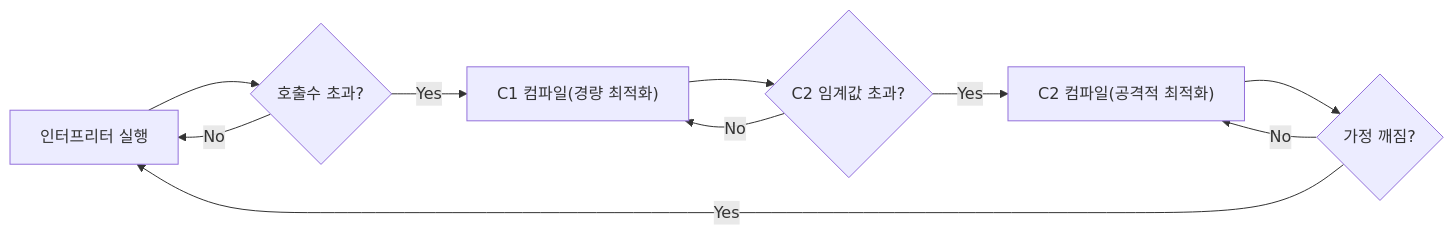
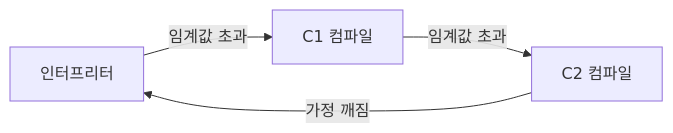
The first of 2 diagrams in _posts/java/2026-05-02-java-jit-compiler.md (yjkim2015/yjkim2015.github.io), drawn with Mermaid before and after one commit. The commit also changed 163 other files, not shown here.

First line of the commit message:
Mermaid 300개 블록 내용 축소: 5노드 5엣지 이하, 의미 있는 약어

````diff
--- a/_posts/java/2026-05-02-java-jit-compiler.md
+++ b/_posts/java/2026-05-02-java-jit-compiler.md
@@ -143,12 +143,6 @@
 ```mermaid
-flowchart LR
-    A["인터프리터 실행"] --> B{"호출수 초과?"}
-    B -- No --> A
-    B -- Yes --> C["C1 컴파일(경량 최적화)"]
-    C --> D{"C2 임계값 초과?"}
-    D -- No --> C
-    D -- Yes --> E["C2 컴파일(공격적 최적화)"]
-    E --> F{"가정 깨짐?"}
-    F -- No --> E
-    F -- Yes --> A
+graph LR
+    A["인터프리터"] -->|임계값 초과| C["C1 컴파일"]
+    C -->|임계값 초과| E["C2 컴파일"]
+    E -->|가정 깨짐| A
 ```
````
